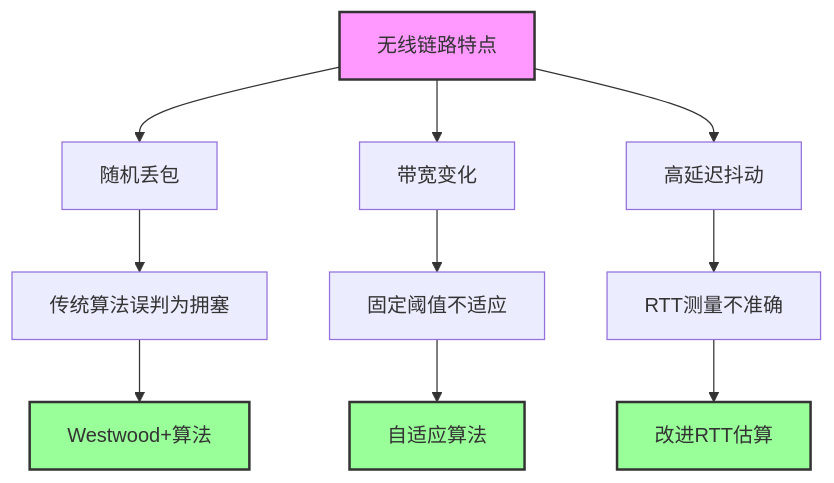
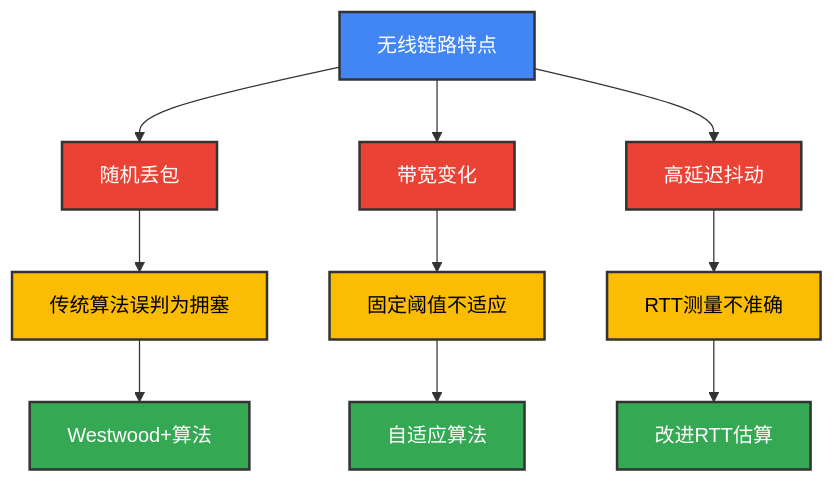
Diagram 12 of 12 in 计算机网络/3.6传输层：TCP拥塞控制.md (Dtheme/CS-base), drawn with Mermaid before and after one commit. The commit also changed other lines of this file and 12 other files, not shown here.

Commit message:
update：更新ip协议相关ipv4+ipv6，更新mermaid图和markdown表格

````diff
--- a/计算机网络/3.6传输层：TCP拥塞控制.md
+++ b/计算机网络/3.6传输层：TCP拥塞控制.md
@@ -985,19 +1158,25 @@
 ```mermaid
 graph TD
     A[无线链路特点] --> B[随机丢包]
     A --> C[带宽变化]
     A --> D[高延迟抖动]
     
     B --> E[传统算法误判为拥塞]
     C --> F[固定阈值不适应]
     D --> G[RTT测量不准确]
     
     E --> H[Westwood+算法]
     F --> I[自适应算法]
     G --> J[改进RTT估算]
     
-    style A fill:#f9f,stroke:#333,stroke-width:2px
-    style H fill:#9f9,stroke:#333,stroke-width:2px
-    style I fill:#9f9,stroke:#333,stroke-width:2px
-    style J fill:#9f9,stroke:#333,stroke-width:2px
+    style A fill:#4285f4,stroke:#333,stroke-width:2px,color:#ffffff
+    style B fill:#ea4335,stroke:#333,stroke-width:2px,color:#ffffff
+    style C fill:#ea4335,stroke:#333,stroke-width:2px,color:#ffffff
+    style D fill:#ea4335,stroke:#333,stroke-width:2px,color:#ffffff
+    style E fill:#fbbc04,stroke:#333,stroke-width:2px,color:#000000
+    style F fill:#fbbc04,stroke:#333,stroke-width:2px,color:#000000
+    style G fill:#fbbc04,stroke:#333,stroke-width:2px,color:#000000
+    style H fill:#34a853,stroke:#333,stroke-width:2px,color:#ffffff
+    style I fill:#34a853,stroke:#333,stroke-width:2px,color:#ffffff
+    style J fill:#34a853,stroke:#333,stroke-width:2px,color:#ffffff
 ```
````
